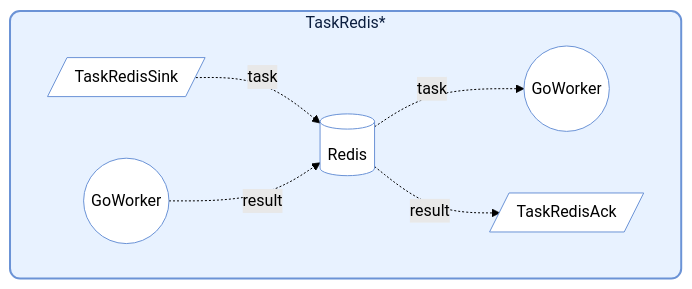
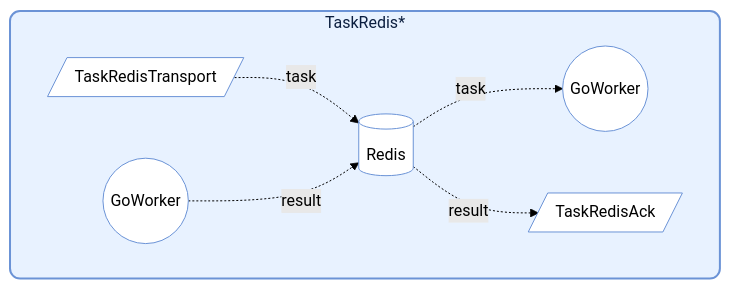
Before and after one commit to Mr-xiaotian/CelestialFlow: the fourth of 4 diagrams in docs/reference/stage/nodes.md, drawn with Mermaid (forest theme). The commit also changed other lines of this file and 7 other files, not shown here.

Commit message:
[Refactor] rename TaskRedisSink to TaskRedisTransport

````diff
--- a/docs/reference/stage/nodes.md
+++ b/docs/reference/stage/nodes.md
@@ -150,30 +150,30 @@
 ```mermaid
 flowchart LR
     subgraph TG[TaskRedis*]
         direction LR
 
-        TRSI[/TaskRedisSink/]
+        TRSI[/TaskRedisTransport/]
         TRA[/TaskRedisAck/]
 
         RE[(Redis)]
         G1((GoWorker))
         G2((GoWorker))
 
         TRSI -.->|task| RE -.->|task| G1
         G2 -.->|result| RE -.->|result| TRA
 
     end
 
     %% 美化 TaskGraph 外框
     style TG fill:#e8f2ff,stroke:#6b93d6,stroke-width:2px,color:#0b1e3f,rx:10px,ry:10px
 
     %% 统一美化格式
     classDef blueNode fill:#ffffff,stroke:#6b93d6,rx:6px,ry:6px;
 
     %% 美化 特殊Stage
     class TRSI,TRA blueNode;
 
     %% 美化 外部结构
     class RE,G1,G2 blueNode;
 
 ```
````
